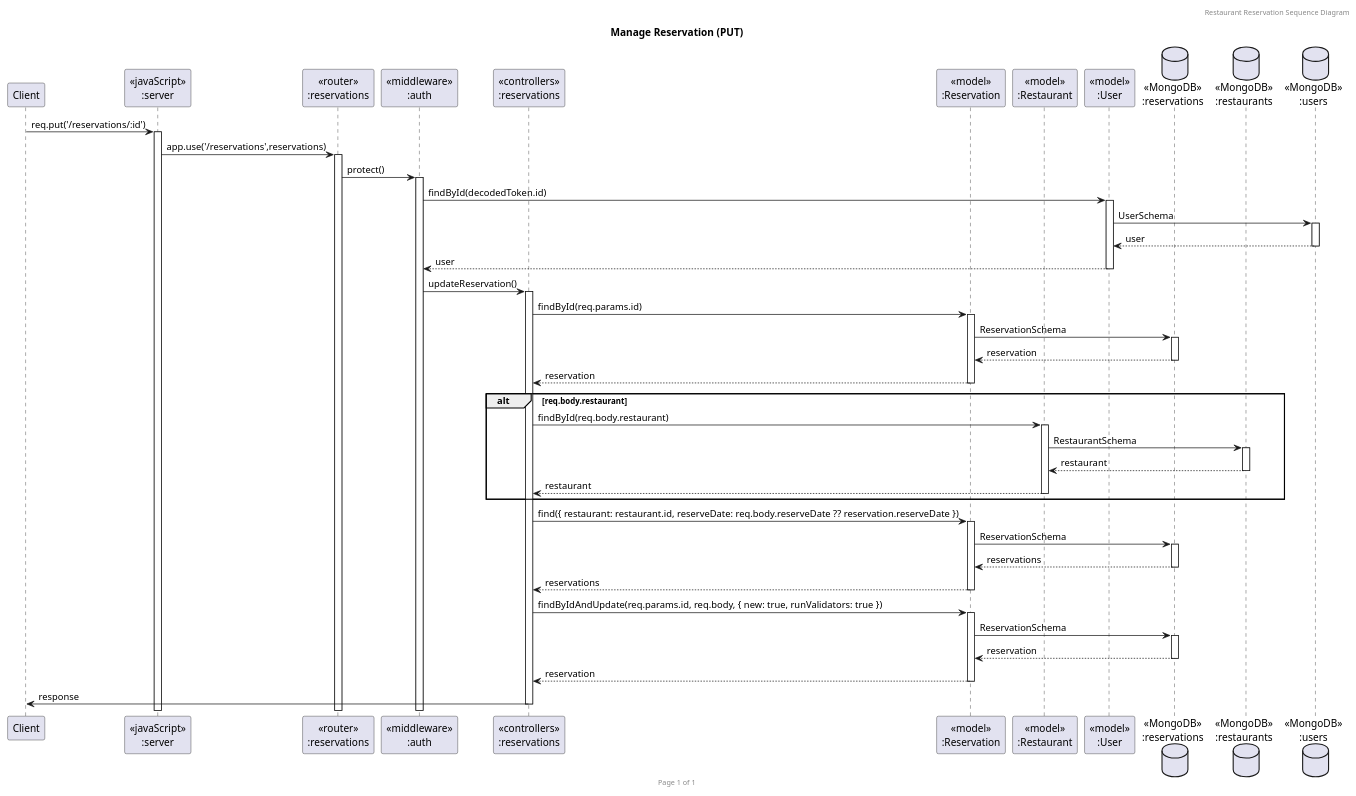
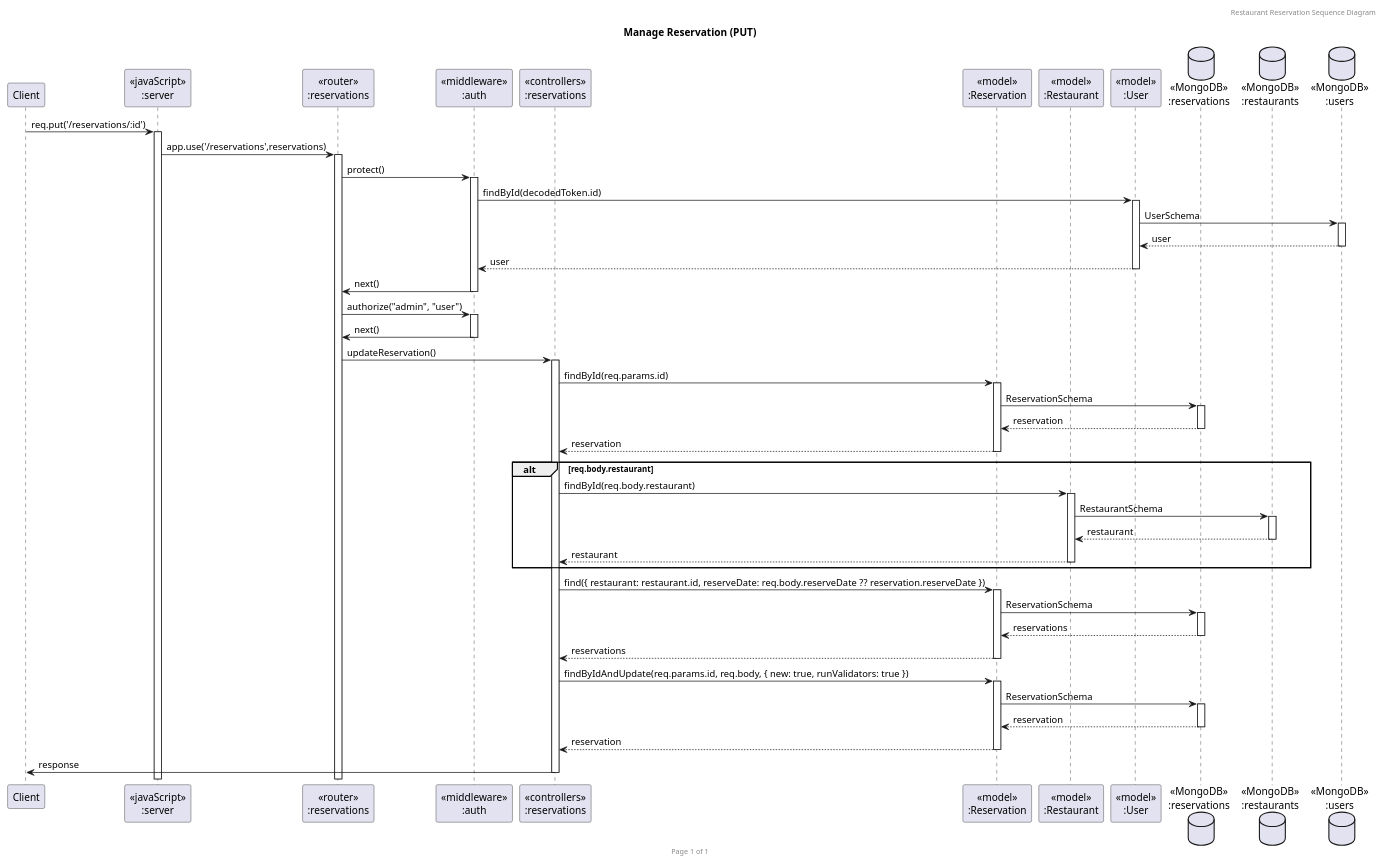
The diagram in doc/sequence-diagrams/reservation/update-reservation.puml (Prince-in-the-wood/sw-dev-term-project), drawn with PlantUML before and after one commit. The commit also changed 9 other files, not shown here.

Commit message:
docs: Add missing seq in diagram

```diff
--- a/doc/sequence-diagrams/reservation/update-reservation.puml
+++ b/doc/sequence-diagrams/reservation/update-reservation.puml
@@ -1,52 +1,55 @@
 @startuml Manage Reservation (PUT)
 
 header Restaurant Reservation Sequence Diagram
 footer Page %page% of %lastpage%
 title "Manage Reservation (PUT)"
 
 participant "Client" as client
 participant "<<javaScript>>\n:server" as server
 participant "<<router>>\n:reservations" as routerReservations
 participant "<<middleware>>\n:auth" as middlewareAuth
 participant "<<controllers>>\n:reservations" as controllersReservations
 participant "<<model>>\n:Reservation" as modelReservation
 participant "<<model>>\n:Restaurant" as modelRestaurant
 participant "<<model>>\n:User" as modelUser
 database "<<MongoDB>>\n:reservations" as ReservationsDatabase
 database "<<MongoDB>>\n:restaurants" as RestaurantsDatabase
 database "<<MongoDB>>\n:users" as UsersDatabase
 
 ' PUT
 client->server ++:req.put('/reservations/:id')
 server->routerReservations ++:app.use('/reservations',reservations)
 routerReservations -> middlewareAuth ++:protect()
 middlewareAuth -> modelUser ++:findById(decodedToken.id)
 modelUser -> UsersDatabase ++:UserSchema
 UsersDatabase --> modelUser --:user
 modelUser --> middlewareAuth --:user
-middlewareAuth -> controllersReservations ++:updateReservation()
+middlewareAuth -> routerReservations --:next()
+routerReservations -> middlewareAuth ++:authorize("admin", "user")
+middlewareAuth -> routerReservations --:next()
+routerReservations -> controllersReservations ++:updateReservation()
 
 controllersReservations -> modelReservation ++:findById(req.params.id)
 modelReservation -> ReservationsDatabase ++:ReservationSchema 
 ReservationsDatabase --> modelReservation --:reservation
 controllersReservations <-- modelReservation --:reservation
 
 alt req.body.restaurant
     controllersReservations -> modelRestaurant ++:findById(req.body.restaurant)
     modelRestaurant -> RestaurantsDatabase ++:RestaurantSchema
     RestaurantsDatabase --> modelRestaurant --:restaurant
     controllersReservations <-- modelRestaurant --:restaurant
 end
 
 controllersReservations -> modelReservation ++:find({ restaurant: restaurant.id, reserveDate: req.body.reserveDate ?? reservation.reserveDate })
 modelReservation -> ReservationsDatabase ++:ReservationSchema 
 ReservationsDatabase --> modelReservation --:reservations
 controllersReservations <-- modelReservation --:reservations
 
 controllersReservations -> modelReservation ++:findByIdAndUpdate(req.params.id, req.body, { new: true, runValidators: true })
 modelReservation -> ReservationsDatabase ++:ReservationSchema 
 ReservationsDatabase --> modelReservation --:reservation
 controllersReservations <-- modelReservation --:reservation
 controllersReservations -> client --:response
 
 @enduml
```
